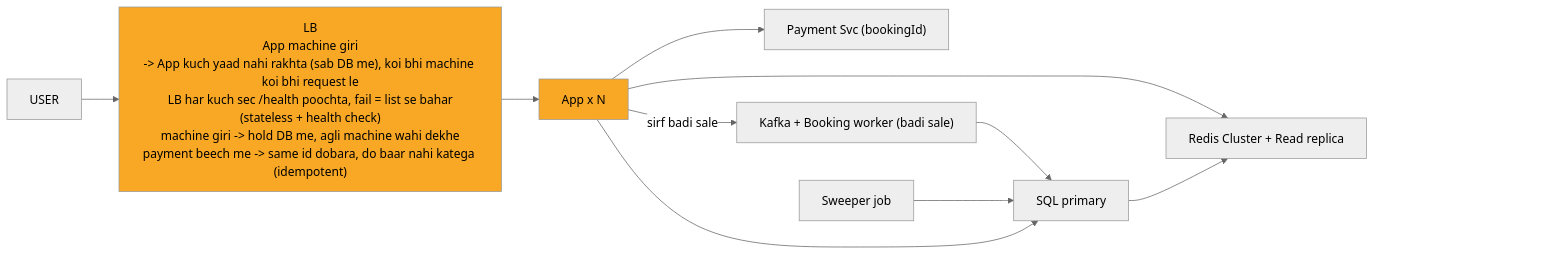
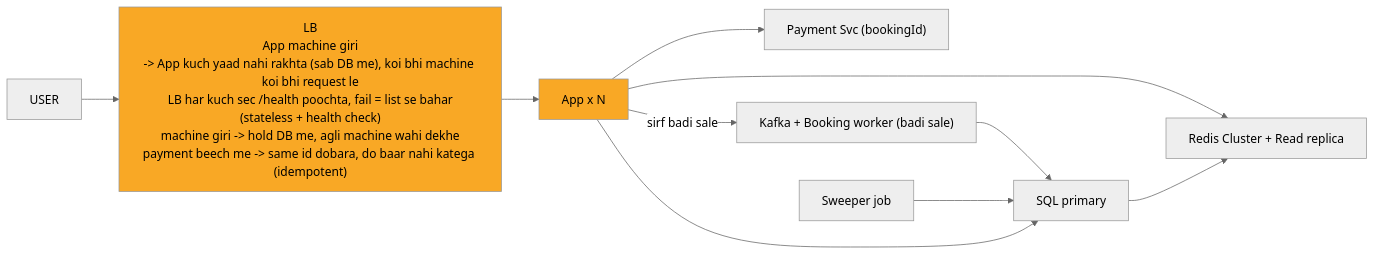
The eighth of 9 diagrams in 04_HLD/SYSTEM_DESIGNS/09_bookmyshow/09_bookmyshow_INTERVIEW.md (ArpanMaheshwari144/Prep), drawn with Mermaid (neutral theme) before and after one commit. The commit also changed other lines of this file and 182 other files, not shown here.

Commit message:
hld 14 file: har diagram mermaid-cli se SVG image (source details me), n_pad hataya, render tool 04_HLD/tools

````diff
--- a/04_HLD/SYSTEM_DESIGNS/09_bookmyshow/09_bookmyshow_INTERVIEW.md
+++ b/04_HLD/SYSTEM_DESIGNS/09_bookmyshow/09_bookmyshow_INTERVIEW.md
@@ -341,26 +373,23 @@
 ```mermaid
 %%{init: {"flowchart": {"wrappingWidth": 450}}}%%
 flowchart LR
     n_USER["USER"]
     n_LB["LB<br/>App machine giri<br/>-> App kuch yaad nahi rakhta (sab DB me), koi bhi machine koi bhi request le<br/>LB har kuch sec /health poochta, fail = list se bahar<br/>(stateless + health check)<br/>machine giri -> hold DB me, agli machine wahi dekhe<br/>payment beech me -> same id dobara, do baar nahi katega (idempotent)"]
     n_App_xN["App x N"]
     n_Payment_Svc["Payment Svc (bookingId)"]
     n_RRR["Redis Cluster + Read replica"]
     n_KB["Kafka + Booking worker (badi sale)"]
     n_SQL_primary["SQL primary"]
     n_Sweeper_job["Sweeper job"]
     n_USER --> n_LB
     n_LB --> n_App_xN
     n_App_xN --> n_Payment_Svc
     n_App_xN --> n_RRR
     n_App_xN -->|sirf badi sale| n_KB
     n_KB --> n_SQL_primary
     n_Sweeper_job --> n_SQL_primary
     n_App_xN --> n_SQL_primary
     n_SQL_primary --> n_RRR
-    n_pad["xxxxxxxxxxxxxxxx"]
-    n_RRR ~~~ n_pad
     style n_LB fill:#f9a825,color:#000
     style n_App_xN fill:#f9a825,color:#000
-    style n_pad fill:none,stroke:none,color:#ffffff00
 ```
````
